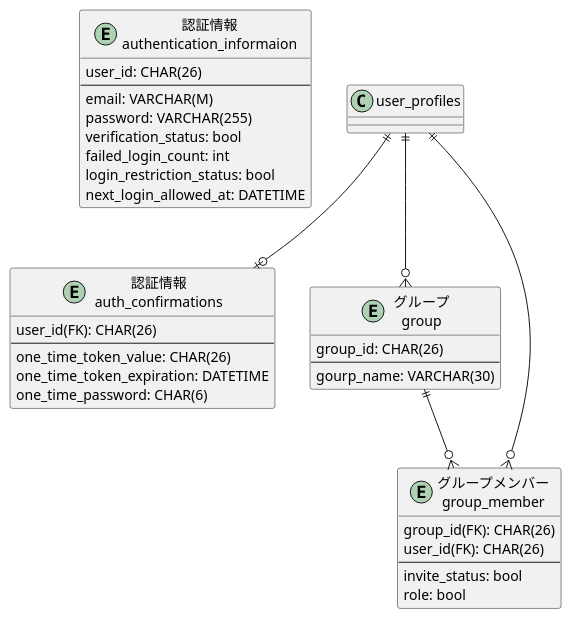
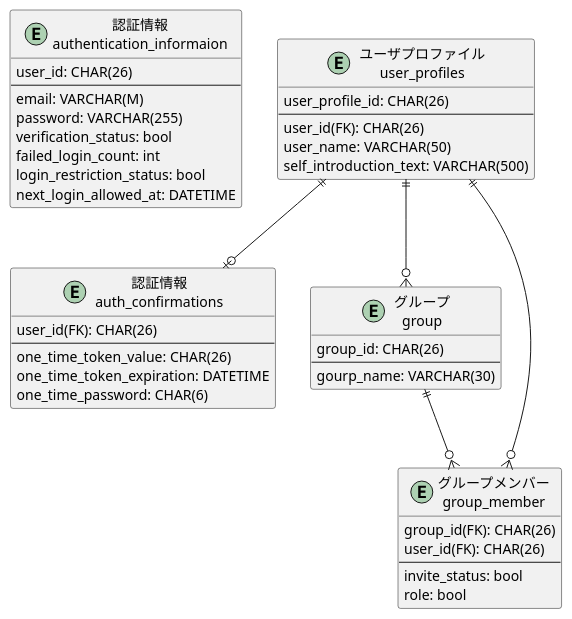
The diagram in modelingDiagram/ERDiagram/identityManagement.pu (h-maki2/identityAccess), drawn with PlantUML before and after one commit. The commit also changed 2 other files, not shown here.

Commit message:
user_profilesテーブルを作成

```diff
--- a/modelingDiagram/ERDiagram/identityManagement.pu
+++ b/modelingDiagram/ERDiagram/identityManagement.pu
@@ -1,41 +1,49 @@
 @startuml identityManagement
 
 entity "認証情報\nauthentication_informaion" as authentication_informaion {
     user_id: CHAR(26)
     --
     email: VARCHAR(M)
     password: VARCHAR(255)
     verification_status: bool
     failed_login_count: int
     login_restriction_status: bool
     next_login_allowed_at: DATETIME
 }
 
 entity "認証情報\nauth_confirmations" as auth_confirmations {
     user_id(FK): CHAR(26)
     --
     one_time_token_value: CHAR(26)
     one_time_token_expiration: DATETIME
     one_time_password: CHAR(6)
+}
+
+entity "ユーザプロファイル\nuser_profiles" as user_profiles {
+    user_profile_id: CHAR(26)
+    --
+    user_id(FK): CHAR(26)
+    user_name: VARCHAR(50)
+    self_introduction_text: VARCHAR(500)
 }
 
 entity "グループ\ngroup" as group {
     group_id: CHAR(26)
     --
     gourp_name: VARCHAR(30)
 }
 
 entity "グループメンバー\ngroup_member" as group_member {
     group_id(FK): CHAR(26)
     user_id(FK): CHAR(26)
     --
     invite_status: bool
     role: bool
 }
 
 user_profiles ||--o| auth_confirmations
 user_profiles ||--o{ group
 group ||--o{ group_member
 user_profiles ||--o{ group_member
 
 @enduml
```
